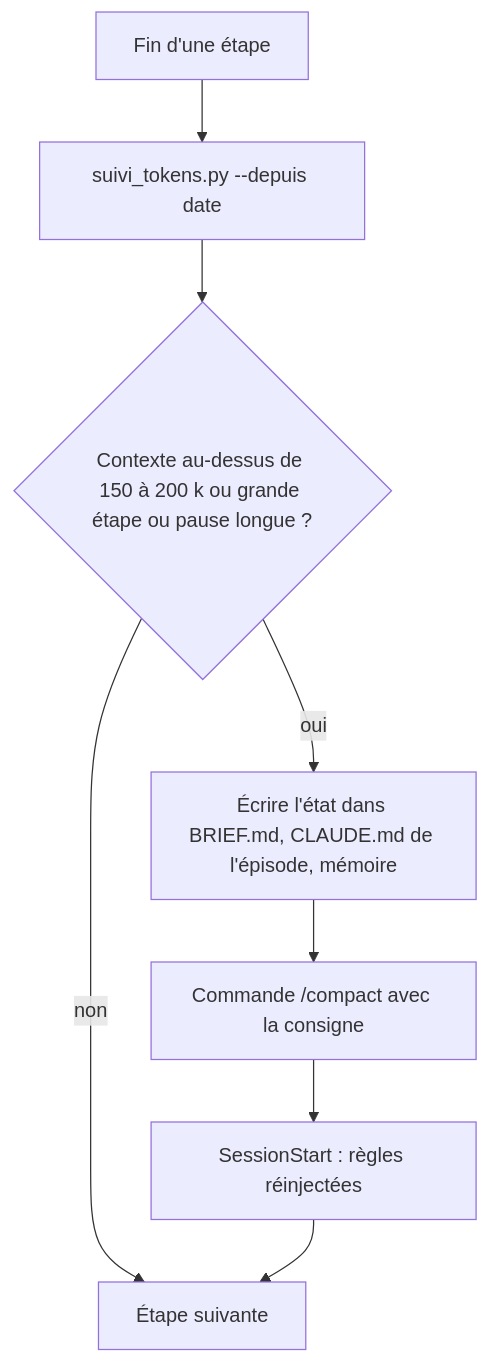
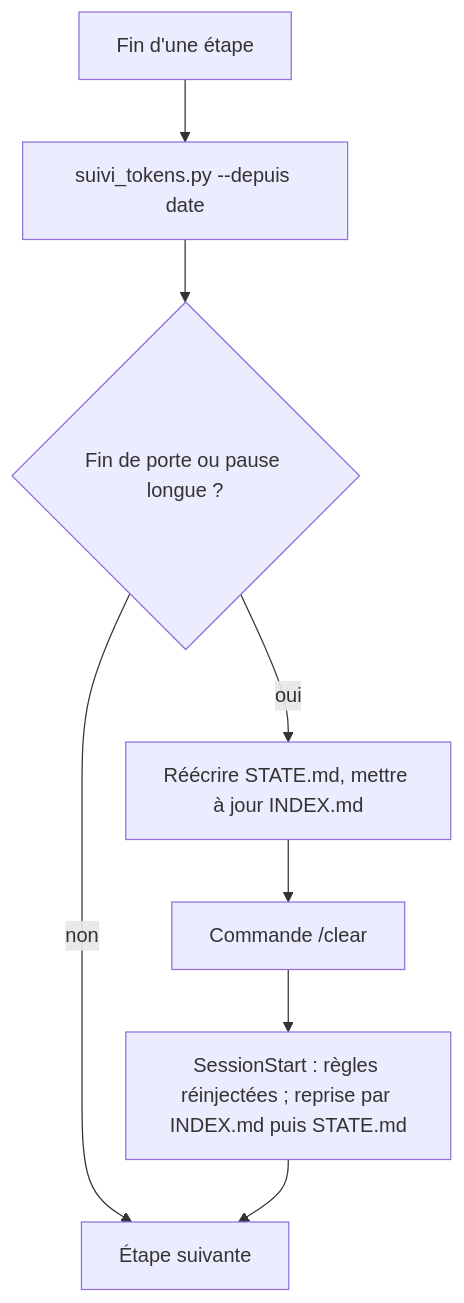
The third of 3 diagrams in docs/workflows/session-et-garde-fou.md (hichamsbihi/studio-faceless), drawn with Mermaid before and after one commit. The commit also changed other lines of this file and 54 other files, not shown here.

First line of the commit message:
plugin : version 0.2.2 (suite), règles communes réellement injectées, état STATE.md avec /clear, ElevenLabs par l'API, agent reviewer

````diff
--- a/docs/workflows/session-et-garde-fou.md
+++ b/docs/workflows/session-et-garde-fou.md
@@ -178,10 +178,10 @@
 ```mermaid
 flowchart TD
     A[Fin d'une étape] --> B[suivi_tokens.py --depuis date]
-    B --> C{Contexte au-dessus de 150 à 200 k ou grande étape ou pause longue ?}
+    B --> C{Fin de porte ou pause longue ?}
     C -->|non| D[Étape suivante]
-    C -->|oui| E[Écrire l'état dans BRIEF.md, CLAUDE.md de l'épisode, mémoire]
-    E --> F["Commande /compact avec la consigne"]
-    F --> G[SessionStart : règles réinjectées]
+    C -->|oui| E[Réécrire STATE.md, mettre à jour INDEX.md]
+    E --> F["Commande /clear"]
+    F --> G[SessionStart : règles réinjectées ; reprise par INDEX.md puis STATE.md]
     G --> D
 ```
````
